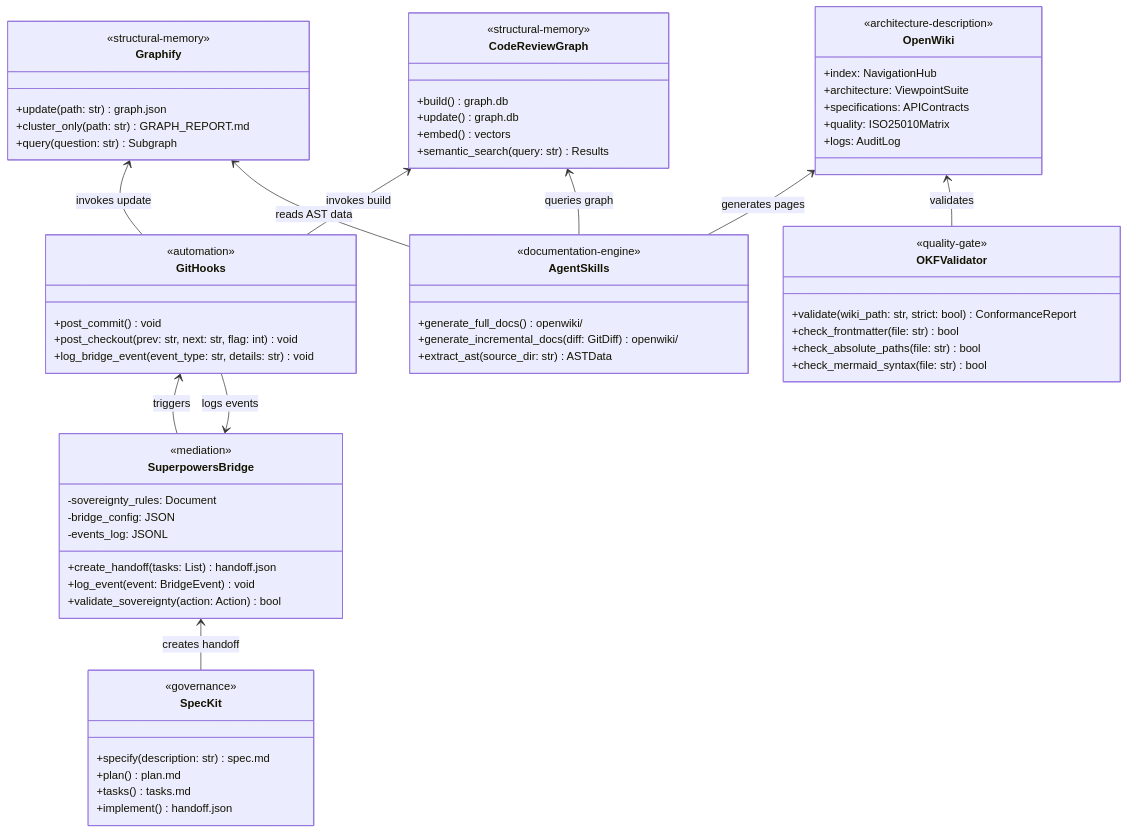
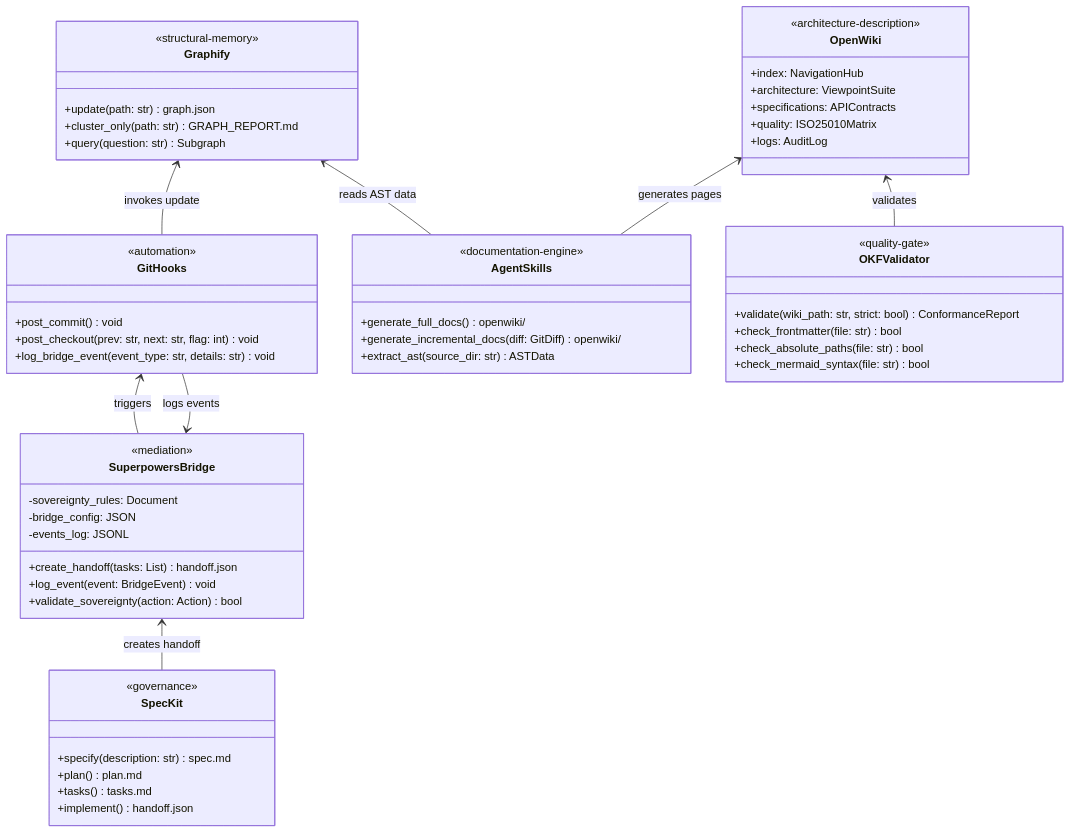
The second of 2 diagrams in openwiki/architecture/component_structure.md (lgcorzo/Documentation_agent), drawn with Mermaid before and after one commit. The commit also changed other lines of this file and 20 other files, not shown here.

Commit message:
refactor: eliminate code-review-graph (CRG) and Ollama dependencies

````diff
--- a/openwiki/architecture/component_structure.md
+++ b/openwiki/architecture/component_structure.md
@@ -103,78 +100,68 @@
 ```mermaid
 classDiagram
     direction BT
 
     class SpecKit {
         <<governance>>
         +specify(description: str) spec.md
         +plan() plan.md
         +tasks() tasks.md
         +implement() handoff.json
     }
 
     class SuperpowersBridge {
         <<mediation>>
         -sovereignty_rules: Document
         -bridge_config: JSON
         -events_log: JSONL
         +create_handoff(tasks: List) handoff.json
         +log_event(event: BridgeEvent) void
         +validate_sovereignty(action: Action) bool
     }
 
     class Graphify {
         <<structural-memory>>
         +update(path: str) graph.json
         +cluster_only(path: str) GRAPH_REPORT.md
         +query(question: str) Subgraph
-    }
-
-    class CodeReviewGraph {
-        <<structural-memory>>
-        +build() graph.db
-        +update() graph.db
-        +embed() vectors
-        +semantic_search(query: str) Results
     }
 
     class GitHooks {
         <<automation>>
         +post_commit() void
         +post_checkout(prev: str, next: str, flag: int) void
         +log_bridge_event(event_type: str, details: str) void
     }
 
     class AgentSkills {
         <<documentation-engine>>
         +generate_full_docs() openwiki/
         +generate_incremental_docs(diff: GitDiff) openwiki/
         +extract_ast(source_dir: str) ASTData
     }
 
     class OKFValidator {
         <<quality-gate>>
         +validate(wiki_path: str, strict: bool) ConformanceReport
         +check_frontmatter(file: str) bool
         +check_absolute_paths(file: str) bool
         +check_mermaid_syntax(file: str) bool
     }
 
     class OpenWiki {
         <<architecture-description>>
         +index: NavigationHub
         +architecture: ViewpointSuite
         +specifications: APIContracts
         +quality: ISO25010Matrix
         +logs: AuditLog
     }
 
     SpecKit --> SuperpowersBridge : creates handoff
     SuperpowersBridge --> GitHooks : triggers
     GitHooks --> Graphify : invokes update
-    GitHooks --> CodeReviewGraph : invokes build
     GitHooks --> SuperpowersBridge : logs events
     AgentSkills --> Graphify : reads AST data
-    AgentSkills --> CodeReviewGraph : queries graph
     AgentSkills --> OpenWiki : generates pages
     OKFValidator --> OpenWiki : validates
 ```
````
